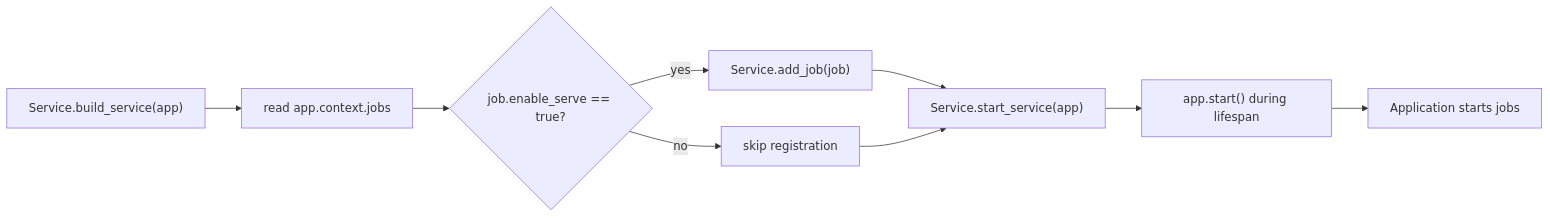
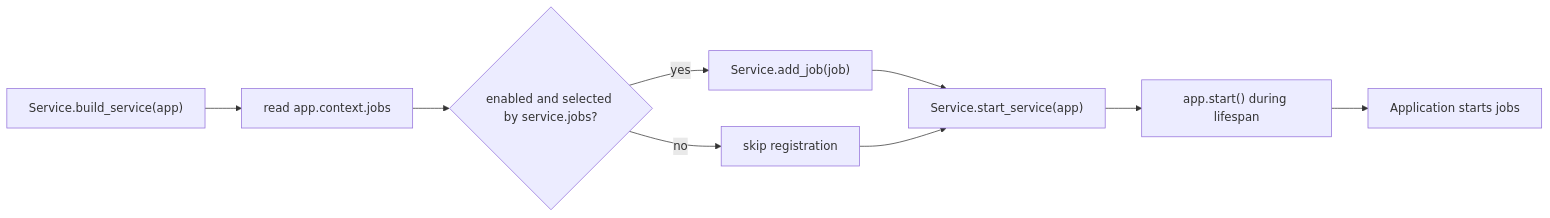
One commit to agentscope-ai/ReMe changed the third of 13 diagrams in docs/en/framework.md. Above: the diagram before and after it, drawn with Mermaid. The commit also changed other lines of this file and 3 other files, not shown here.

First line of the commit message:
feat(service): add job whitelisting capability to BaseService

````diff
--- a/docs/en/framework.md
+++ b/docs/en/framework.md
@@ -142,11 +145,11 @@
 ```mermaid
 flowchart LR
     A["Service.build_service(app)"] --> B["read app.context.jobs"]
-    B --> C{"job.enable_serve == true?"}
+    B --> C{"enabled and selected by service.jobs?"}
     C -->|yes| D["Service.add_job(job)"]
     C -->|no| E["skip registration"]
     D --> F["Service.start_service(app)"]
     E --> F
     F --> G["app.start() during lifespan"]
     G --> H["Application starts jobs"]
 ```
````
